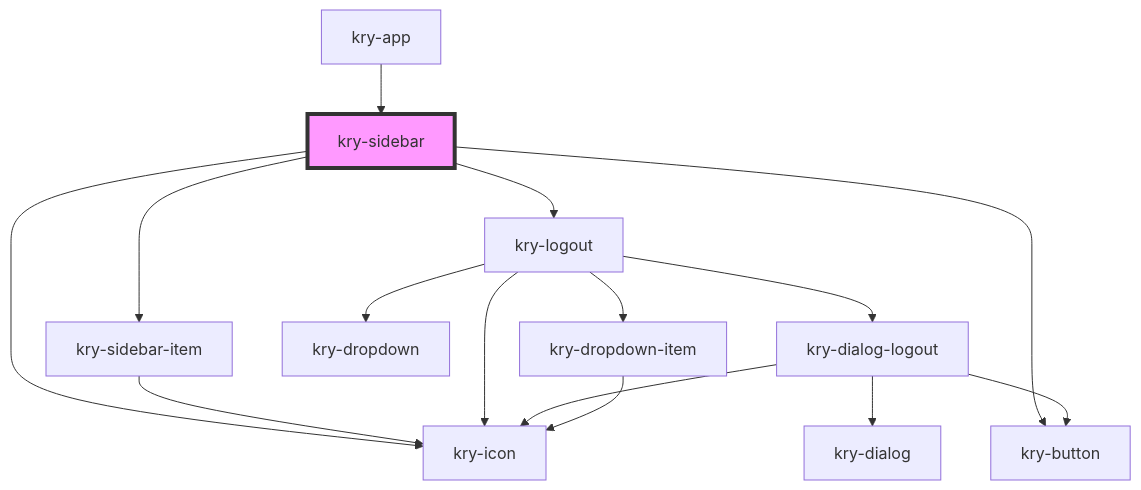
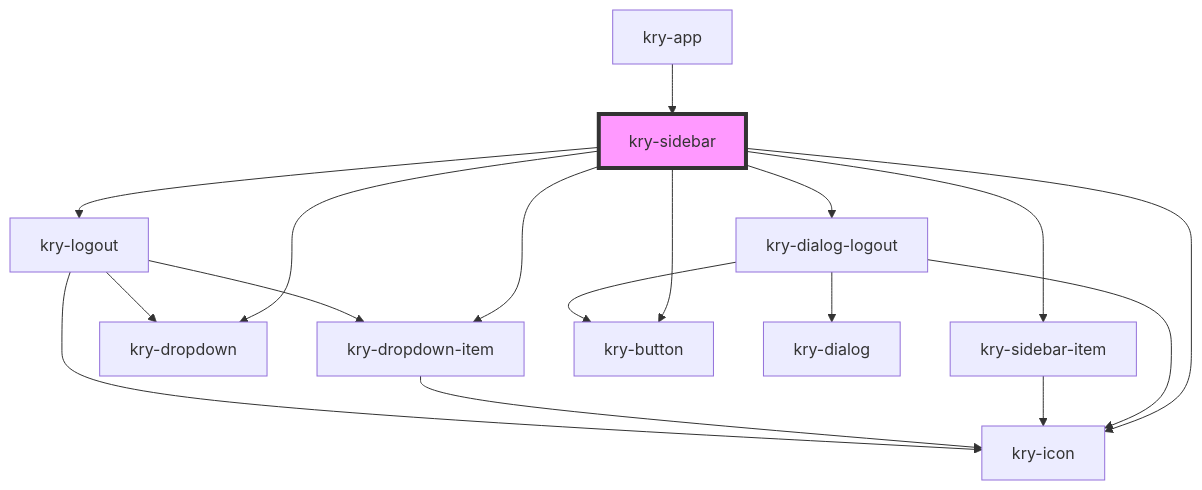
One commit to nathan2slime/spacekrypton-legacy changed the diagram in libs/core/src/composites/sidebar/readme.md. Above: the diagram before and after it, drawn with Mermaid. The commit also changed other lines of this file and 57 other files, not shown here.

````diff
--- a/libs/core/src/composites/sidebar/readme.md
+++ b/libs/core/src/composites/sidebar/readme.md
@@ -40,18 +44,20 @@
 ```mermaid
 graph TD;
+  kry-sidebar --> kry-dialog-logout
   kry-sidebar --> kry-icon
   kry-sidebar --> kry-sidebar-item
+  kry-sidebar --> kry-dropdown
+  kry-sidebar --> kry-dropdown-item
   kry-sidebar --> kry-logout
   kry-sidebar --> kry-button
+  kry-dialog-logout --> kry-dialog
+  kry-dialog-logout --> kry-icon
+  kry-dialog-logout --> kry-button
   kry-sidebar-item --> kry-icon
-  kry-logout --> kry-dialog-logout
+  kry-dropdown-item --> kry-icon
   kry-logout --> kry-dropdown
   kry-logout --> kry-dropdown-item
   kry-logout --> kry-icon
-  kry-dialog-logout --> kry-dialog
-  kry-dialog-logout --> kry-icon
-  kry-dialog-logout --> kry-button
-  kry-dropdown-item --> kry-icon
   kry-app --> kry-sidebar
   style kry-sidebar fill:#f9f,stroke:#333,stroke-width:4px
 ```
````
